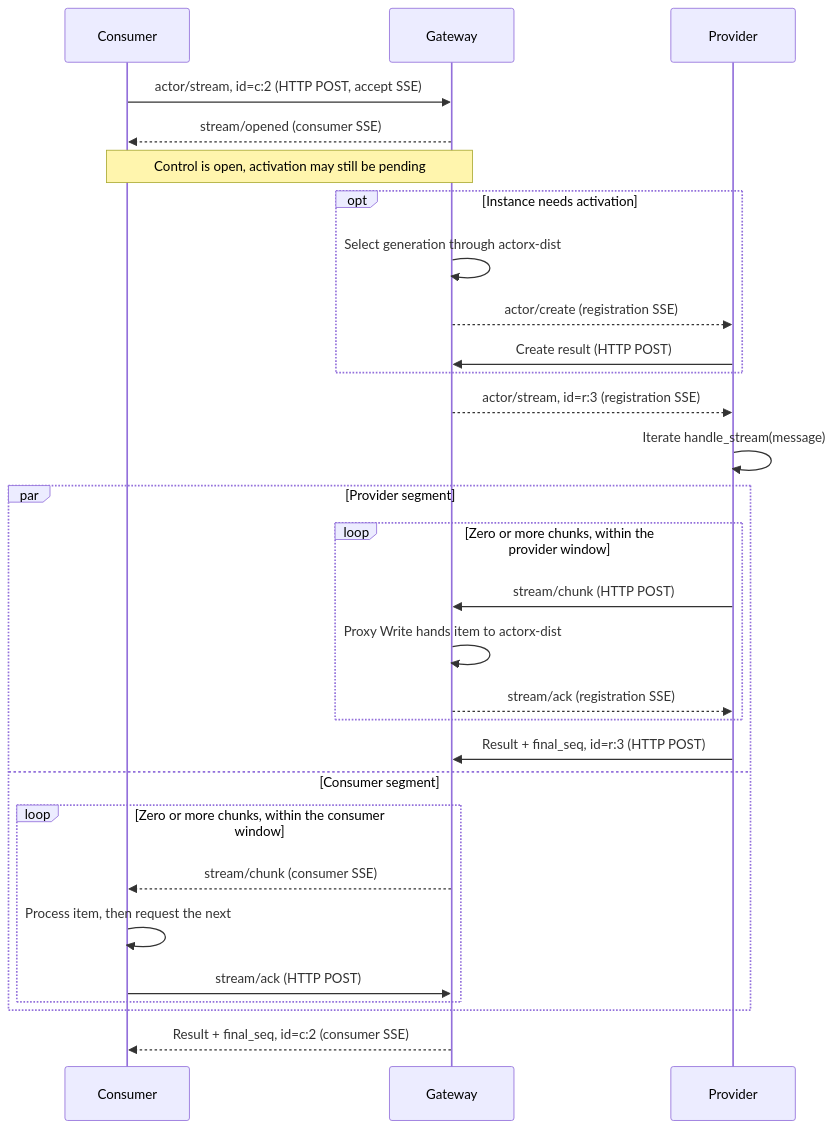
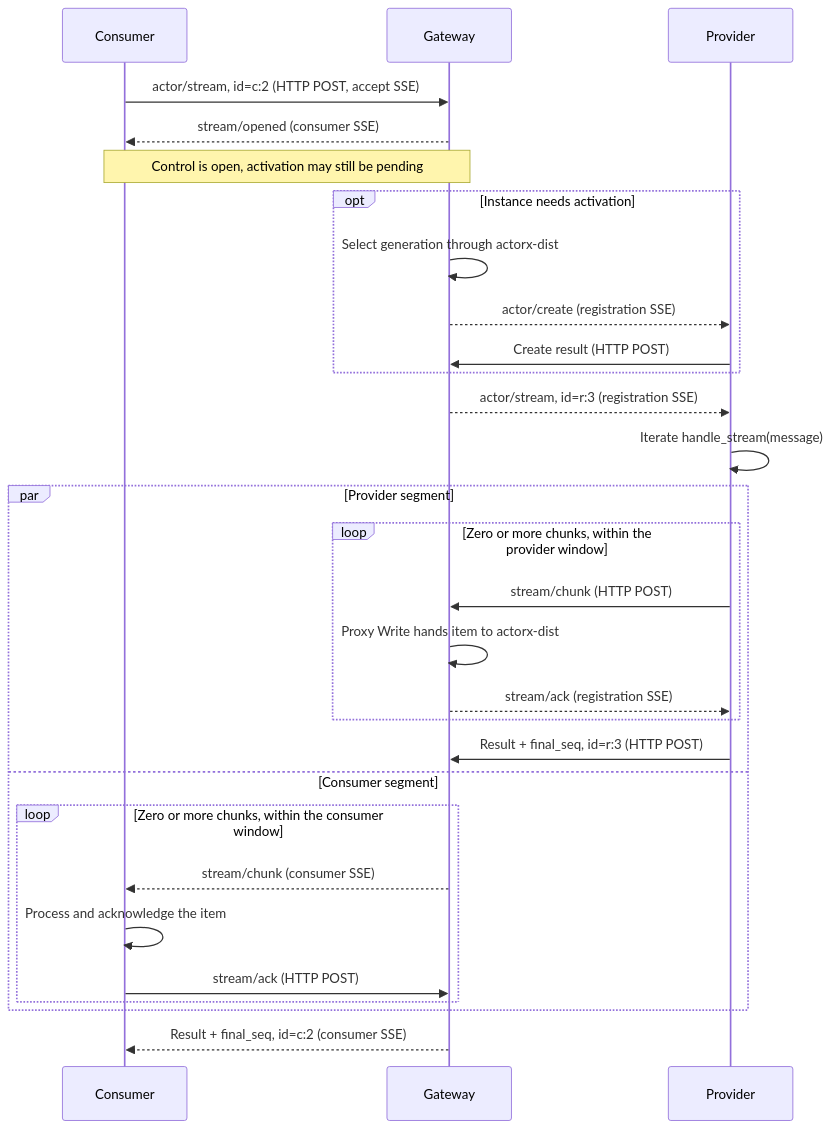
Before and after one commit to go-aie/actorx-dist: the third of 4 diagrams in remote/docs/protocol.md, drawn with Mermaid. The commit also changed other lines of this file and 56 other files, not shown here.

````diff
--- a/remote/docs/protocol.md
+++ b/remote/docs/protocol.md
@@ -326,31 +326,31 @@
 ```mermaid
 sequenceDiagram
     participant C as Consumer
     participant G as Gateway
     participant P as Provider
     C->>G: actor/stream, id=c:2 (HTTP POST, accept SSE)
     G-->>C: stream/opened (consumer SSE)
     Note over C,G: Control is open, activation may still be pending
     opt Instance needs activation
         G->>G: Select generation through actorx-dist
         G-->>P: actor/create (registration SSE)
         P->>G: Create result (HTTP POST)
     end
     G-->>P: actor/stream, id=r:3 (registration SSE)
     P->>P: Iterate handle_stream(message)
     par Provider segment
         loop Zero or more chunks, within the provider window
             P->>G: stream/chunk (HTTP POST)
             G->>G: Proxy Write hands item to actorx-dist
             G-->>P: stream/ack (registration SSE)
         end
         P->>G: Result + final_seq, id=r:3 (HTTP POST)
     and Consumer segment
         loop Zero or more chunks, within the consumer window
             G-->>C: stream/chunk (consumer SSE)
-            C->>C: Process item, then request the next
+            C->>C: Process and acknowledge the item
             C->>G: stream/ack (HTTP POST)
         end
     end
     G-->>C: Result + final_seq, id=c:2 (consumer SSE)
 ```
````
